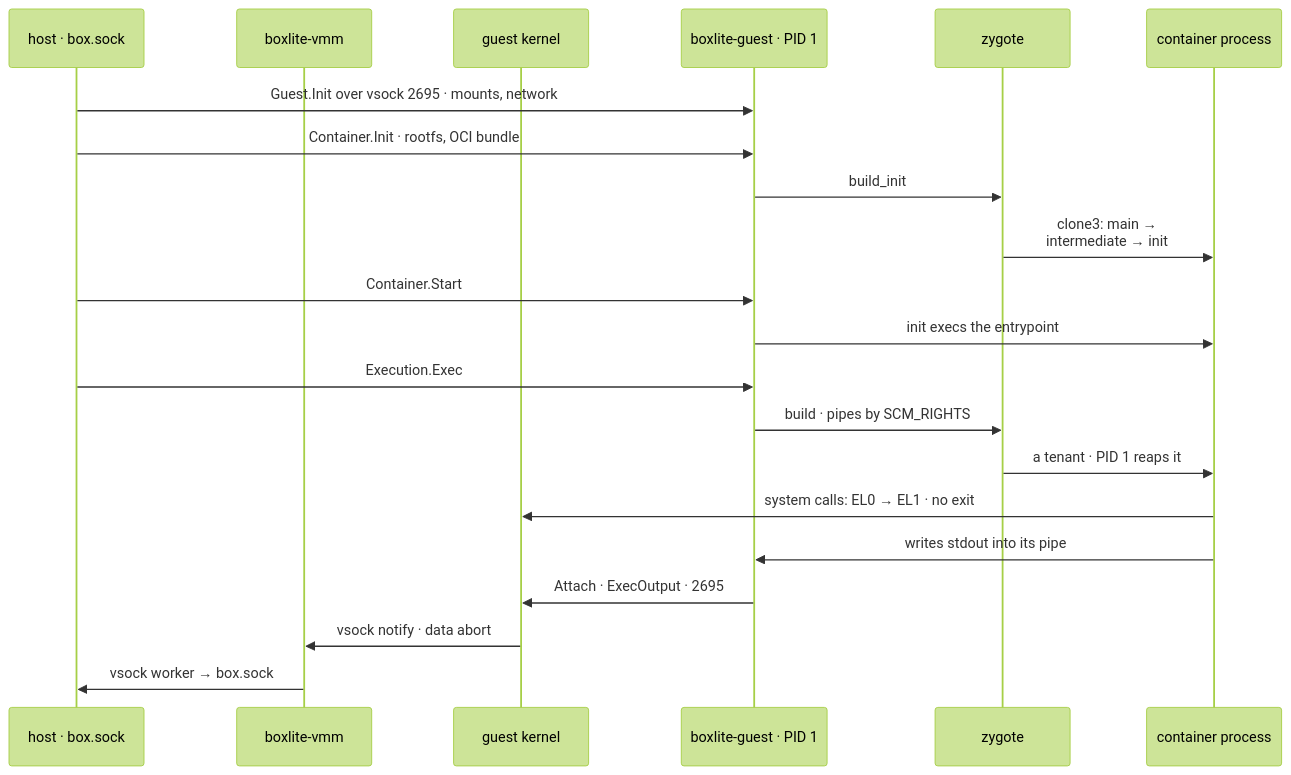
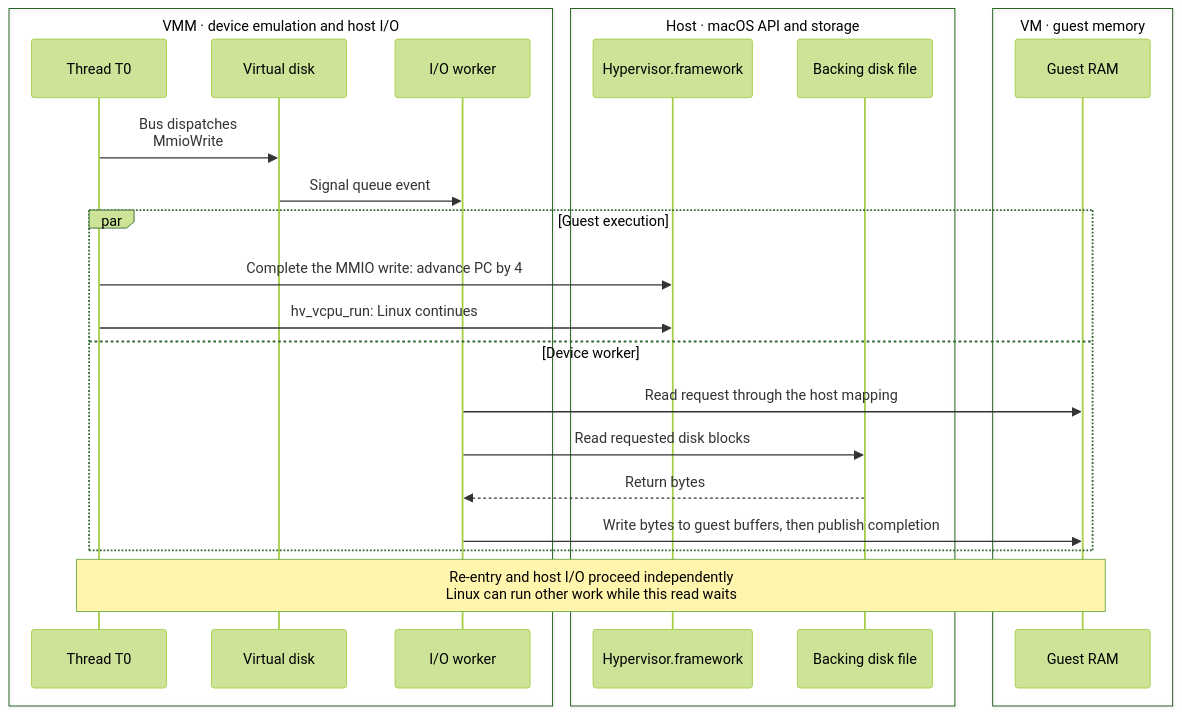
One commit to boxlite-ai/boxlite changed the fifth of 9 diagrams in docs/architecture/vmm/hvf.md. Above: the diagram before and after it, drawn with Mermaid (forest theme). The commit also changed other lines of this file and 3 other files, not shown here.

````diff
--- a/docs/architecture/vmm/hvf.md
+++ b/docs/architecture/vmm/hvf.md
@@ -144,37 +161,35 @@
 ```mermaid
 sequenceDiagram
-  participant host as host · box.sock
-  participant vm as boxlite-vmm
-  participant kernel as guest kernel
-  participant init as boxlite-guest · PID 1
-  participant zygote as zygote
-  participant proc as container process
-  %% edge:p_guest_init
-  host->>init: Guest.Init over vsock 2695 · mounts, network
-  %% edge:p_container_init
-  host->>init: Container.Init · rootfs, OCI bundle
-  %% edge:p_build_init
-  init->>zygote: build_init
-  %% edge:p_clone
-  zygote->>proc: clone3: main →<br/>intermediate → init
-  %% edge:p_start
-  host->>init: Container.Start
-  %% edge:p_entry
-  init->>proc: init execs the entrypoint
-  %% edge:p_exec
-  host->>init: Execution.Exec
-  %% edge:p_build
-  init->>zygote: build · pipes by SCM_RIGHTS
-  %% edge:p_tenant
-  zygote->>proc: a tenant · PID 1 reaps it
-  %% edge:p_syscall
-  proc->>kernel: system calls: EL0 → EL1 · no exit
-  %% edge:p_write
-  proc->>init: writes stdout into its pipe
-  %% edge:p_attach
-  init->>kernel: Attach · ExecOutput · 2695
-  %% edge:p_notify
-  kernel->>vm: vsock notify · data abort
-  %% edge:p_host
-  vm->>host: vsock worker → box.sock
+  box VMM · device emulation and host I/O
+    participant thread0 as Thread T0
+    participant disk as Virtual disk
+    participant worker as I/O worker
+  end
+  box Host · macOS API and storage
+    participant hvf as Hypervisor.framework
+    participant disk_file as Backing disk file
+  end
+  box VM · guest memory
+    participant guest_ram as Guest RAM
+  end
+  %% edge:read_dispatch
+  thread0->>disk: Bus dispatches<br/>MmioWrite
+  %% edge:read_wake
+  disk->>worker: Signal queue event
+  par Guest execution
+    %% edge:io_advance
+    thread0->>hvf: Complete the MMIO write: advance PC by 4
+    %% edge:io_resume
+    thread0->>hvf: hv_vcpu_run: Linux continues
+  and Device worker
+    %% edge:io_dequeue
+    worker->>guest_ram: Read request through the host mapping
+    %% edge:io_read
+    worker->>disk_file: Read requested disk blocks
+    %% edge:io_data
+    disk_file-->>worker: Return bytes
+    %% edge:io_complete
+    worker->>guest_ram: Write bytes to guest buffers, then publish completion
+  end
+  Note over thread0,guest_ram: Re-entry and host I/O proceed independently<br/>Linux can run other work while this read waits
 ```
````
